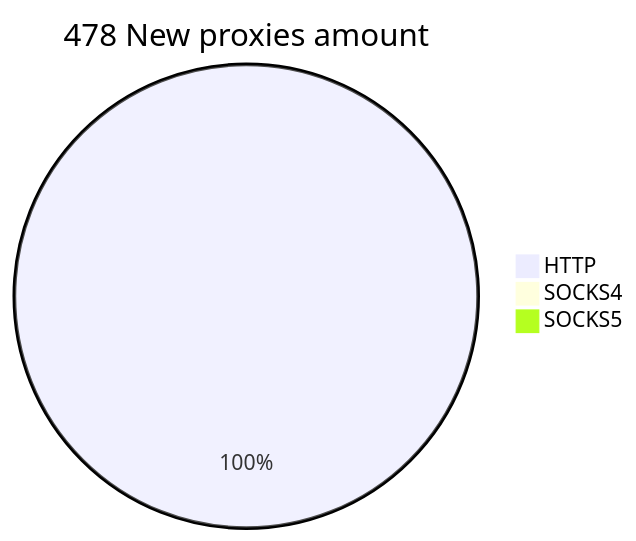
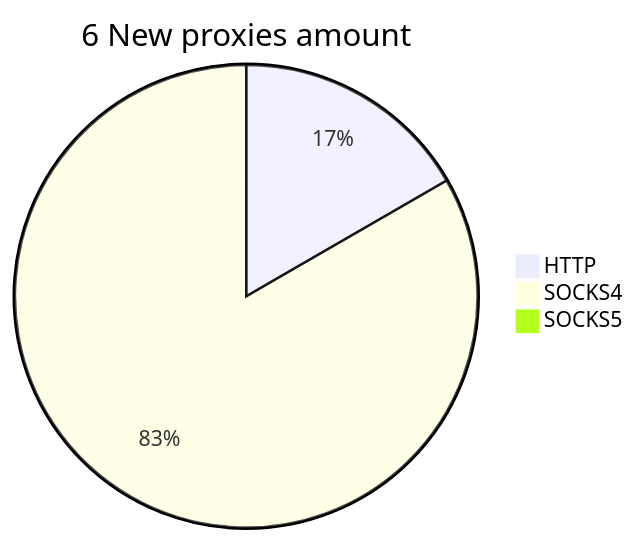
The second of 2 diagrams in README.md (cutipu/proxylist), drawn with Mermaid before and after one commit. The commit also changed other lines of this file, not shown here.

````diff
--- a/README.md
+++ b/README.md
@@ -10,6 +10,6 @@
 ```mermaid
-pie title 478 New proxies amount
-    "HTTP" : 477
-    "SOCKS4" : 1
+pie title 6 New proxies amount
+    "HTTP" : 1
+    "SOCKS4" : 5
     "SOCKS5" : 0
 ```
````
